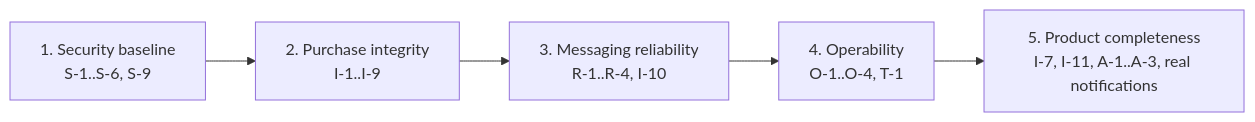
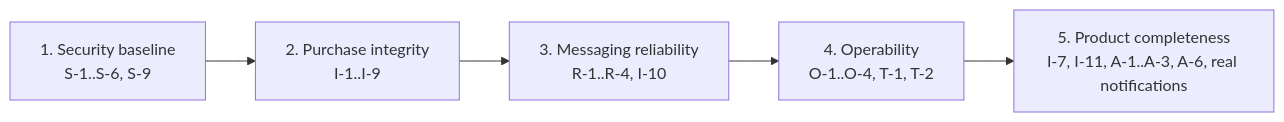
Before and after one commit to bmcnpnr/ecommerce-platform: the diagram in docs/findings.md, drawn with Mermaid. The commit also changed other lines of this file and 6 other files, not shown here.

Commit message:
add developer onboarding guide and documentation for architecture, findings, flows, and frontend

````diff
--- a/docs/findings.md
+++ b/docs/findings.md
@@ -235,7 +251,7 @@
 ```mermaid
 flowchart LR
     P1["1. Security baseline<br/>S-1..S-6, S-9"] --> P2["2. Purchase integrity<br/>I-1..I-9"]
     P2 --> P3["3. Messaging reliability<br/>R-1..R-4, I-10"]
-    P3 --> P4["4. Operability<br/>O-1..O-4, T-1"]
-    P4 --> P5["5. Product completeness<br/>I-7, I-11, A-1..A-3, real notifications"]
+    P3 --> P4["4. Operability<br/>O-1..O-4, T-1, T-2"]
+    P4 --> P5["5. Product completeness<br/>I-7, I-11, A-1..A-3, A-6, real notifications"]
 ```
````
